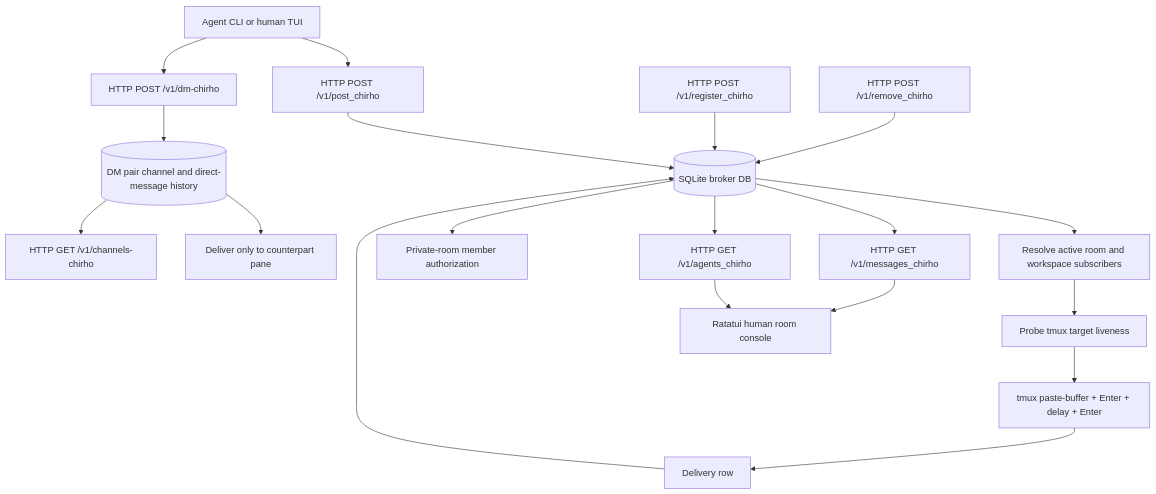
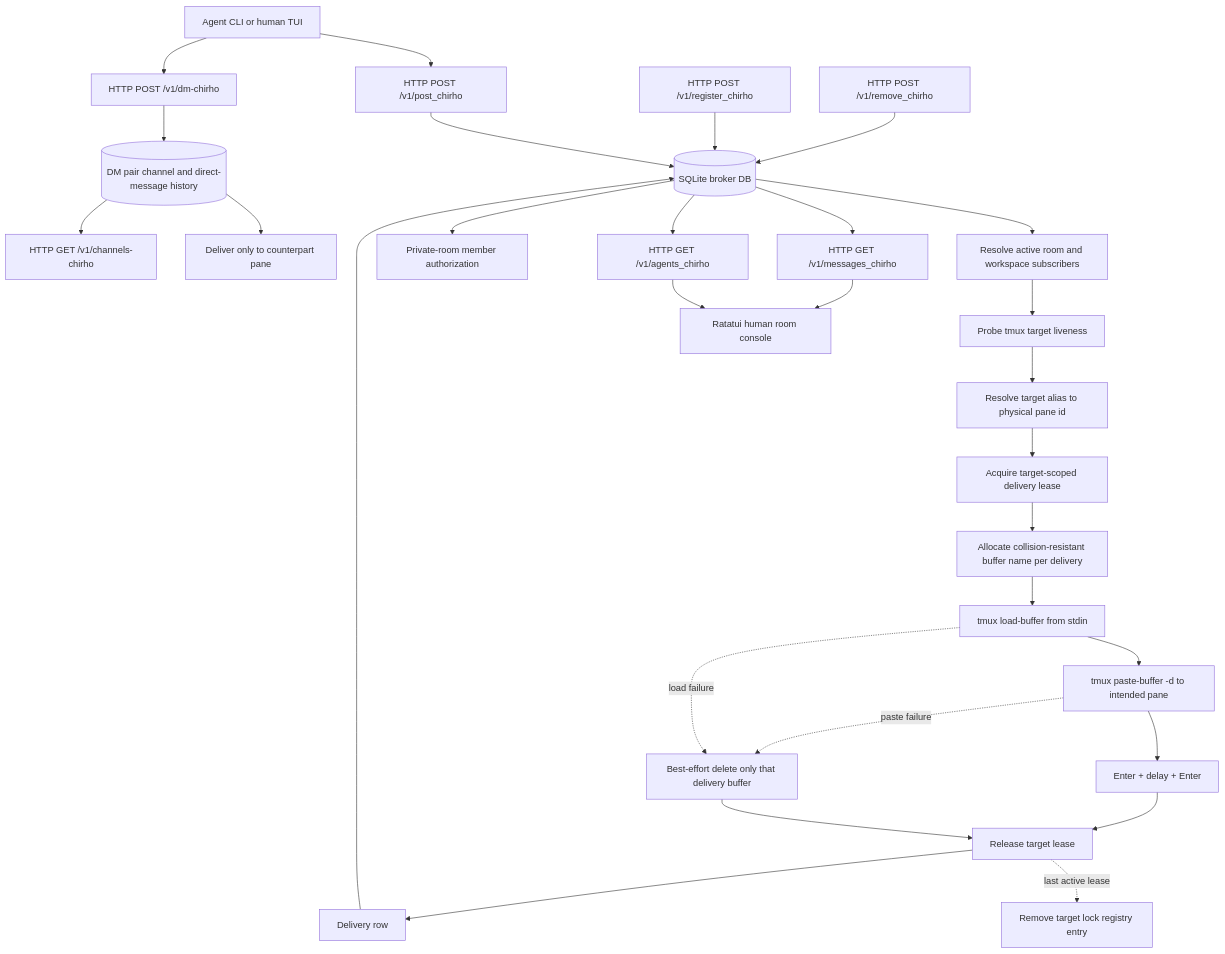
The diagram in spec-chirho/workflows-chirho/metropoleluya-http-broker-flow-chirho.md (loveJesus/metropoleluya-chirho), drawn with Mermaid before and after one commit. The commit also changed other lines of this file and 6 other files, not shown here.

First line of the commit message:
fix: isolate concurrent tmux delivery chirho

````diff
--- a/spec-chirho/workflows-chirho/metropoleluya-http-broker-flow-chirho.md
+++ b/spec-chirho/workflows-chirho/metropoleluya-http-broker-flow-chirho.md
@@ -5,21 +5,31 @@
 ```mermaid
 flowchart TD
 agent_chirho[Agent CLI or human TUI] --> post_chirho[HTTP POST /v1/post_chirho]
 agent_chirho --> dm_chirho[HTTP POST /v1/dm-chirho]
     register_chirho[HTTP POST /v1/register_chirho] --> db_chirho[(SQLite broker DB)]
     remove_chirho[HTTP POST /v1/remove_chirho] --> db_chirho
 post_chirho --> db_chirho
 dm_chirho --> private_db_chirho[(DM pair channel and direct-message history)]
 private_db_chirho --> direct_delivery_chirho[Deliver only to counterpart pane]
     db_chirho --> select_chirho[Resolve active room and workspace subscribers]
     select_chirho --> live_chirho[Probe tmux target liveness]
-    live_chirho --> deliver_chirho[tmux paste-buffer + Enter + delay + Enter]
-    deliver_chirho --> delivery_log_chirho[Delivery row]
+    live_chirho --> resolve_pane_chirho[Resolve target alias to physical pane id]
+    resolve_pane_chirho --> target_lock_chirho[Acquire target-scoped delivery lease]
+    target_lock_chirho --> isolate_buffer_chirho[Allocate collision-resistant buffer name per delivery]
+    isolate_buffer_chirho --> load_buffer_chirho[tmux load-buffer from stdin]
+    load_buffer_chirho --> paste_buffer_chirho[tmux paste-buffer -d to intended pane]
+    paste_buffer_chirho --> deliver_chirho[Enter + delay + Enter]
+    load_buffer_chirho -. load failure .-> cleanup_buffer_chirho[Best-effort delete only that delivery buffer]
+    paste_buffer_chirho -. paste failure .-> cleanup_buffer_chirho
+    cleanup_buffer_chirho --> release_lock_chirho[Release target lease]
+    deliver_chirho --> release_lock_chirho
+    release_lock_chirho -. last active lease .-> retire_lock_chirho[Remove target lock registry entry]
+    release_lock_chirho --> delivery_log_chirho[Delivery row]
     delivery_log_chirho --> db_chirho
     db_chirho --> watch_chirho[HTTP GET /v1/messages_chirho]
 db_chirho --> agents_chirho[HTTP GET /v1/agents_chirho]
 db_chirho --> authorized_read_chirho[Private-room member authorization]
 private_db_chirho --> discovery_chirho[HTTP GET /v1/channels-chirho]
     watch_chirho --> board_chirho[Ratatui human room console]
     agents_chirho --> board_chirho
 ```
````
